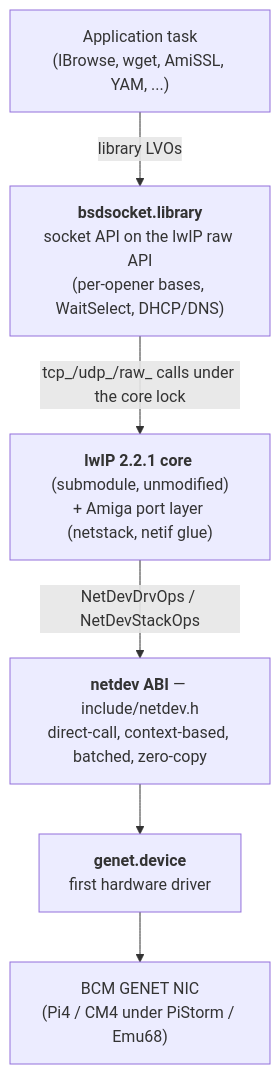
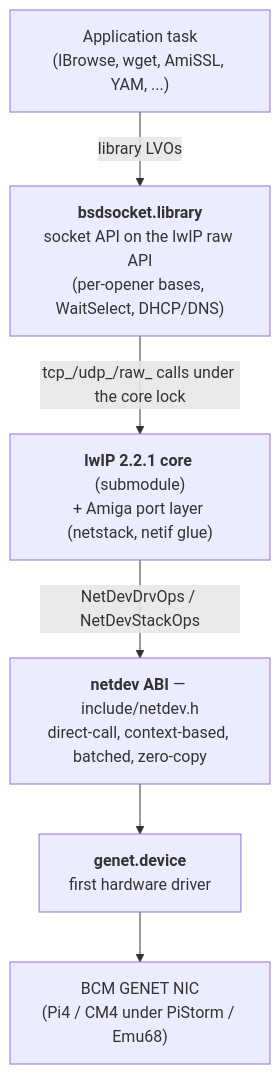
One commit to rondoval/lwip-amiga changed the diagram in docs/architecture.md. Above: the diagram before and after it, drawn with Mermaid. The commit also changed other lines of this file and 4 other files, not shown here.

````diff
--- a/docs/architecture.md
+++ b/docs/architecture.md
@@ -6,15 +6,15 @@
 ```mermaid
 flowchart TB
     app["Application task<br/>(IBrowse, wget, AmiSSL, YAM, ...)"]
     bsd["<b>bsdsocket.library</b><br/>socket API on the lwIP raw API<br/>(per-opener bases, WaitSelect, DHCP/DNS)"]
-    lwip["<b>lwIP 2.2.1 core</b> (submodule, unmodified)<br/>+ Amiga port layer (netstack, netif glue)"]
+    lwip["<b>lwIP 2.2.1 core</b> (submodule)<br/>+ Amiga port layer (netstack, netif glue)"]
     abi["<b>netdev ABI</b> — include/netdev.h<br/>direct-call, context-based, batched, zero-copy"]
     drv["<b>genet.device</b><br/>first hardware driver"]
     nic["BCM GENET NIC<br/>(Pi4 / CM4 under PiStorm / Emu68)"]
 
     app -->|library LVOs| bsd
     bsd -->|tcp_/udp_/raw_ calls under the core lock| lwip
     lwip -->|NetDevDrvOps / NetDevStackOps| abi
     abi --> drv
     drv --> nic
 ```
````
